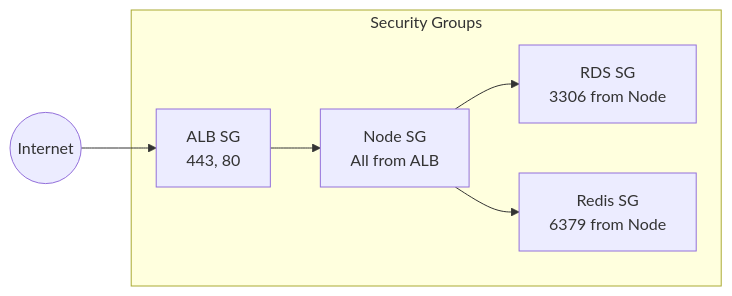
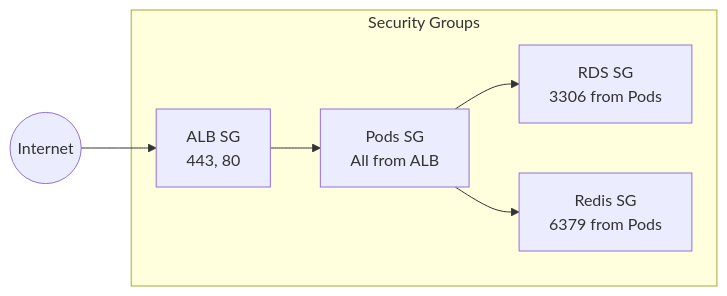
Before and after one commit to JSJ2337/AWS_EKS_terraform_code: the eighth of 9 diagrams in docs/architecture.md, drawn with Mermaid. The commit also changed other lines of this file and 2 other files, not shown here.

First line of the commit message:
docs: 문서 업데이트 - EC2 Node Group → Fargate 변경 반영

````diff
--- a/docs/architecture.md
+++ b/docs/architecture.md
@@ -326,15 +327,15 @@
 ```mermaid
 flowchart LR
     Internet((Internet)) --> ALB_SG
 
     subgraph SecurityGroups["Security Groups"]
         ALB_SG[ALB SG<br/>443, 80]
-        Node_SG[Node SG<br/>All from ALB]
-        RDS_SG[RDS SG<br/>3306 from Node]
-        Redis_SG[Redis SG<br/>6379 from Node]
+        Pod_SG[Pods SG<br/>All from ALB]
+        RDS_SG[RDS SG<br/>3306 from Pods]
+        Redis_SG[Redis SG<br/>6379 from Pods]
     end
 
-    ALB_SG --> Node_SG
-    Node_SG --> RDS_SG
-    Node_SG --> Redis_SG
+    ALB_SG --> Pod_SG
+    Pod_SG --> RDS_SG
+    Pod_SG --> Redis_SG
 ```
````
